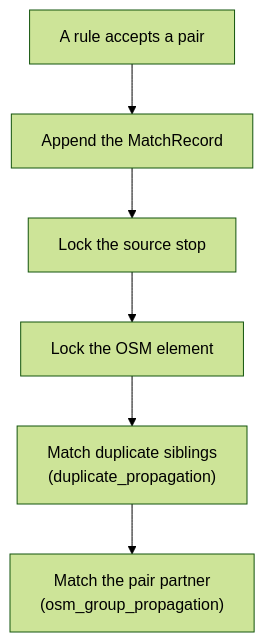
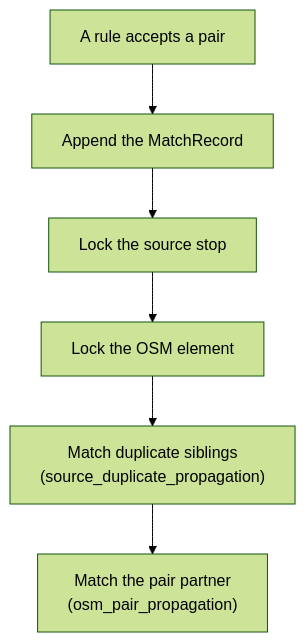
The diagram in documentation/2. Matching process.md (openTdataCH/osm-public-transport-matcher), drawn with Mermaid (forest theme) before and after one commit. The commit also changed other lines of this file and 38 other files, not shown here.

````diff
--- a/documentation/2. Matching process.md
+++ b/documentation/2. Matching process.md
@@ -147,8 +151,8 @@
 ```mermaid
 flowchart TB
     A["A rule accepts a pair"] --> B["Append the MatchRecord"]
     B --> C["Lock the source stop"]
     C --> D["Lock the OSM element"]
-    D --> E["Match duplicate siblings<br/>(duplicate_propagation)"]
-    E --> F["Match the pair partner<br/>(osm_group_propagation)"]
+    D --> E["Match duplicate siblings<br/>(source_duplicate_propagation)"]
+    E --> F["Match the pair partner<br/>(osm_pair_propagation)"]
 ```
````
